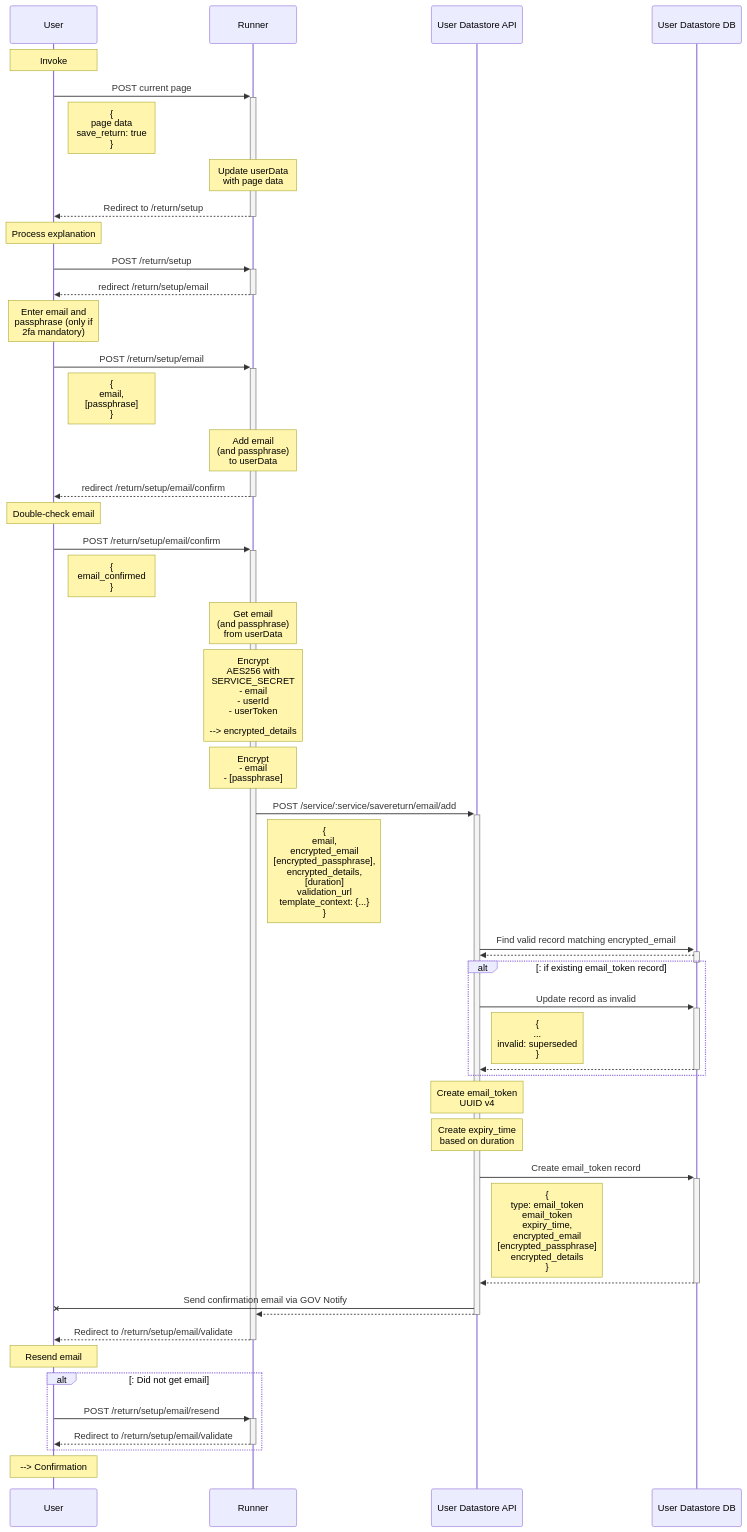
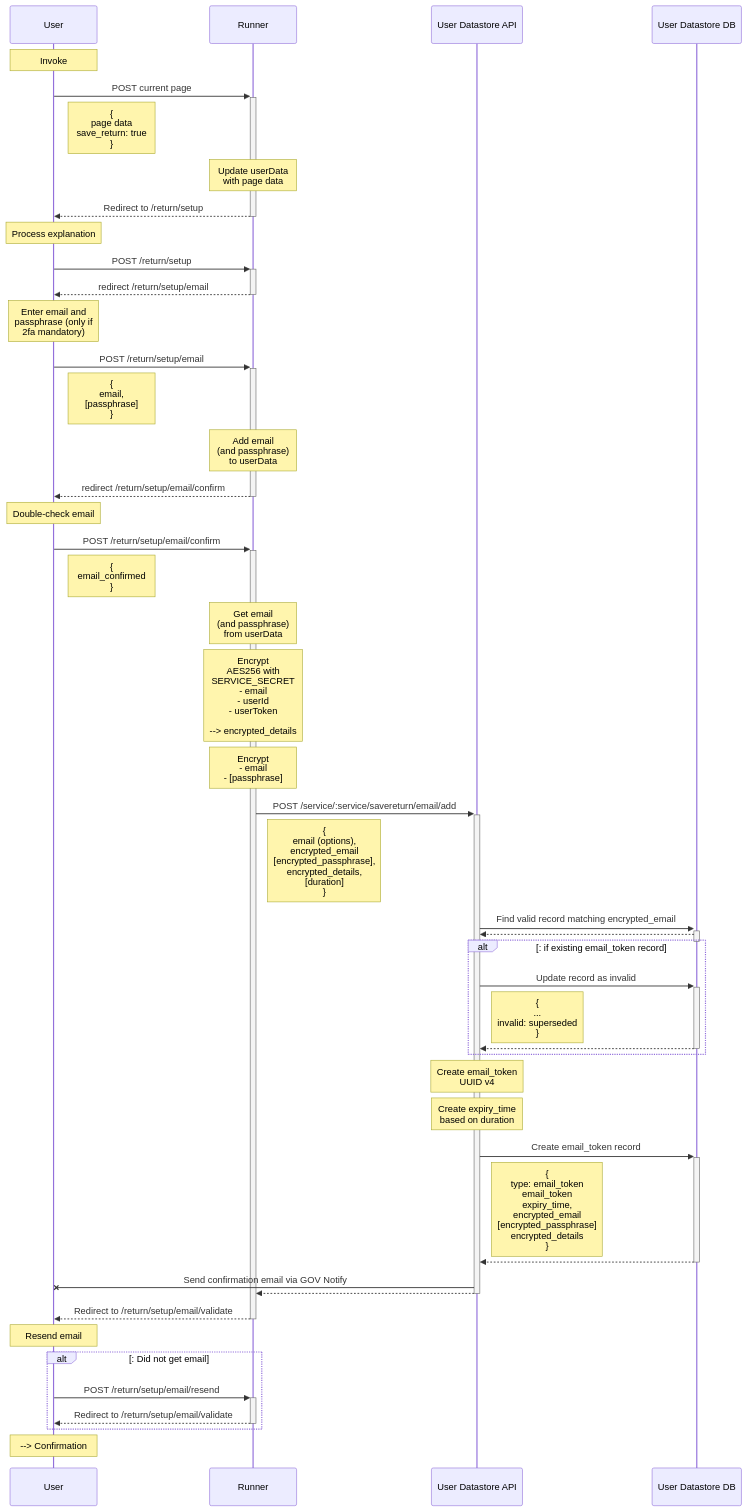
Before and after one commit to ministryofjustice/form-builder: the diagram in documentation/running/save-and-return/files/return--setup--email-add.mmd, drawn with Mermaid. The commit also changed 5 other files, not shown here.

Commit message:
Update docs to reflect passing all email and sms options to save and return as objects

```diff
--- a/documentation/running/save-and-return/files/return--setup--email-add.mmd
+++ b/documentation/running/save-and-return/files/return--setup--email-add.mmd
@@ -1,92 +1,92 @@
 sequenceDiagram
 
 participant U as User
 
 participant R as Runner
 
 participant DS as User Datastore API
 
 participant DB as User Datastore DB
 
 Note over U: Invoke
 
 U->>+R: POST current page
 
 Note right of U: {<br>  page data<br>  save_return: true<br>}
 
 Note over R: Update userData<br>with page data
 
 R-->>-U: Redirect to /return/setup
 
 Note over U: Process explanation
 
 U->>+R: POST /return/setup
 
 R-->>-U: redirect /return/setup/email
 
 Note over U: Enter email and <br>passphrase (only if <br>2fa mandatory)
 
 U->>+R: POST /return/setup/email
 
 Note right of U: {<br>email,<br>[passphrase]<br>}
 
 Note over R: Add email <br>(and passphrase) <br>to userData
 
 R-->>-U: redirect /return/setup/email/confirm
 
 Note over U: Double-check email
 
 U->>+R: POST /return/setup/email/confirm
 
 Note right of U: {<br>email_confirmed<br>}
 
 Note over R: Get email <br>(and passphrase) <br>from userData
 Note over R: Encrypt<br>AES256 with<br>SERVICE_SECRET<br>- email<br>- userId<br>- userToken<br><br>--> encrypted_details
 
 Note over R: Encrypt <br>- email<br>- [passphrase]
 
 R->>+DS: POST /service/:service/savereturn/email/add
 
-Note right of R: {<br>email,<br>encrypted_email<br>[encrypted_passphrase],<br>encrypted_details,<br>[duration]<br>validation_url<br>template_context: {...}<br>}
+Note right of R: {<br>email (options),<br>encrypted_email<br>[encrypted_passphrase],<br>encrypted_details,<br>[duration]<br>}
 
 DS->>+DB: Find valid record matching encrypted_email
 
 DB-->>-DS: 
 
 alt: if existing email_token record
 
   DS->>+DB: Update record as invalid
 
   Note right of DS: {<br>...<br>invalid: superseded<br>}
 
   DB-->>-DS: 
 
 end
 
 Note over DS: Create email_token<br>UUID v4
 
 Note over DS: Create expiry_time<br>based on duration
 
 DS->>+DB: Create email_token record 
 
 Note right of DS: { <br>type: email_token<br>email_token<br>expiry_time,<br>encrypted_email<br>[encrypted_passphrase]<br>encrypted_details<br> }
 
 DB-->>-DS: 
 
 DS-XU: Send confirmation email via GOV Notify
 
 DS-->>-R:  
 
 R-->>-U: Redirect to /return/setup/email/validate
 
 Note over U: Resend email
 
 alt: Did not get email
 
   U->>+R: POST /return/setup/email/resend
 
   R-->>-U: Redirect to /return/setup/email/validate
 
 end
 
 Note over U: --> Confirmation
```
